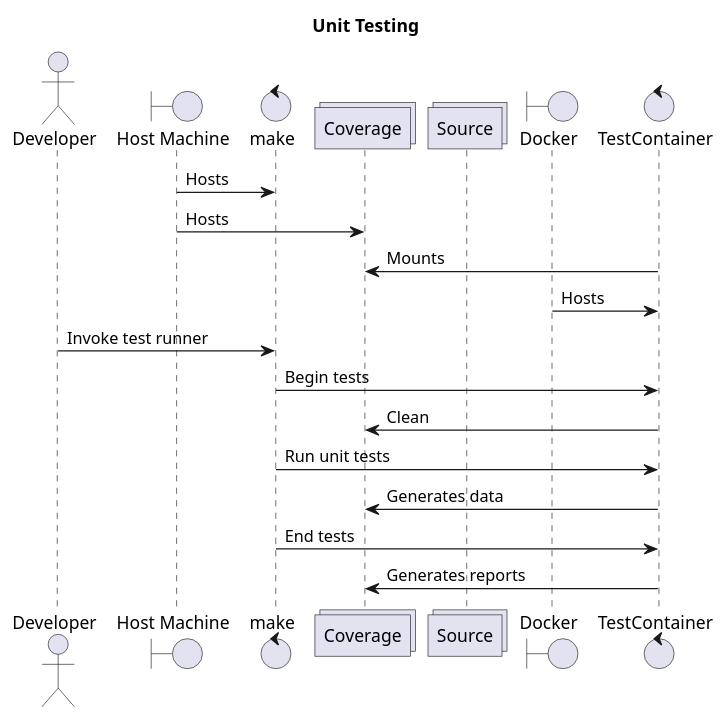
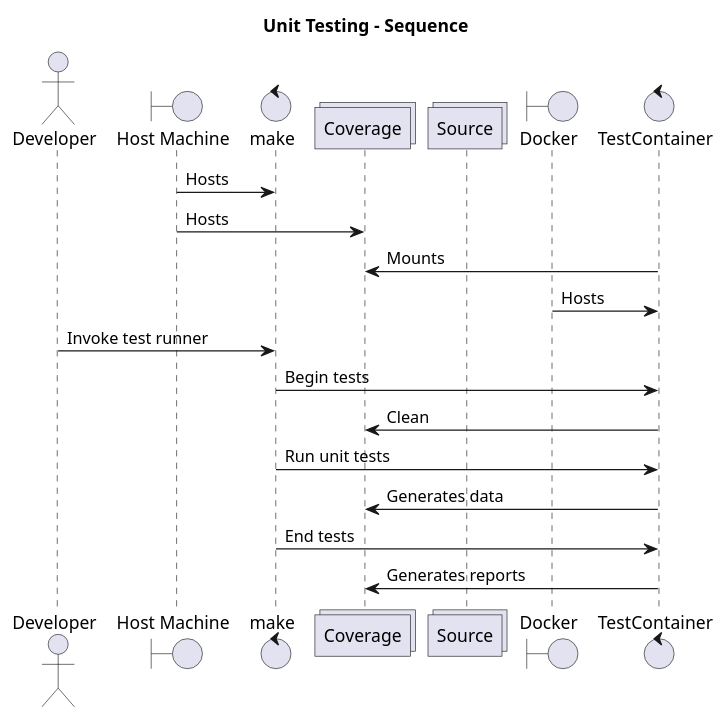
The diagram in docs/diagrams/unit-test-sequence.puml (kbase/sample_service), drawn with PlantUML before and after one commit. The commit also changed 15 other files, not shown here.

Commit message:
simplify doc diagrams

```diff
--- a/docs/diagrams/unit-test-sequence.puml
+++ b/docs/diagrams/unit-test-sequence.puml
@@ -1,30 +1,30 @@
-@startuml Unit Test Sequence
+@startuml unit-test-sequence
 
-title Unit Testing
+title Unit Testing - Sequence
 
 actor Developer as developer
 boundary "Host Machine" as host 
 control make as make
 collections Coverage as coverage
 collections Source as source
 boundary Docker as docker
 control TestContainer as testContainer
 
 ' These are more relations, but in terms of process they are
 ' part of the system process which makes these resources available
 host -> make : Hosts
 host -> coverage: Hosts
 testContainer -> coverage: Mounts
 docker -> testContainer: Hosts
 
 ' Actual test process
 developer -> make : Invoke test runner
 make -> testContainer: Begin tests
 testContainer -> coverage: Clean
 make -> testContainer: Run unit tests
 testContainer -> coverage: Generates data
 make -> testContainer: End tests
 testContainer -> coverage: Generates reports
 
 
 @enduml
```
